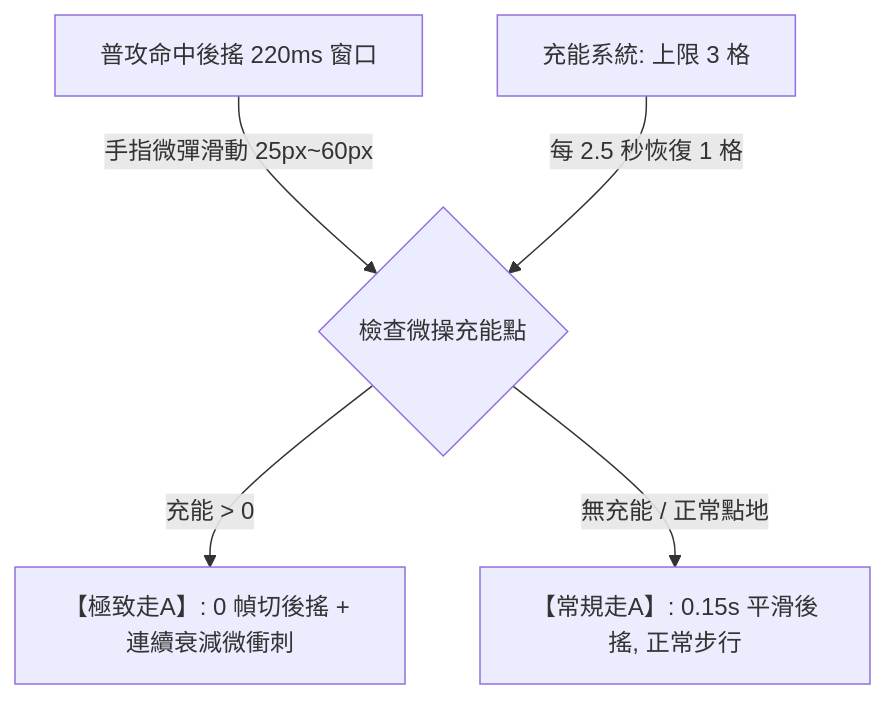
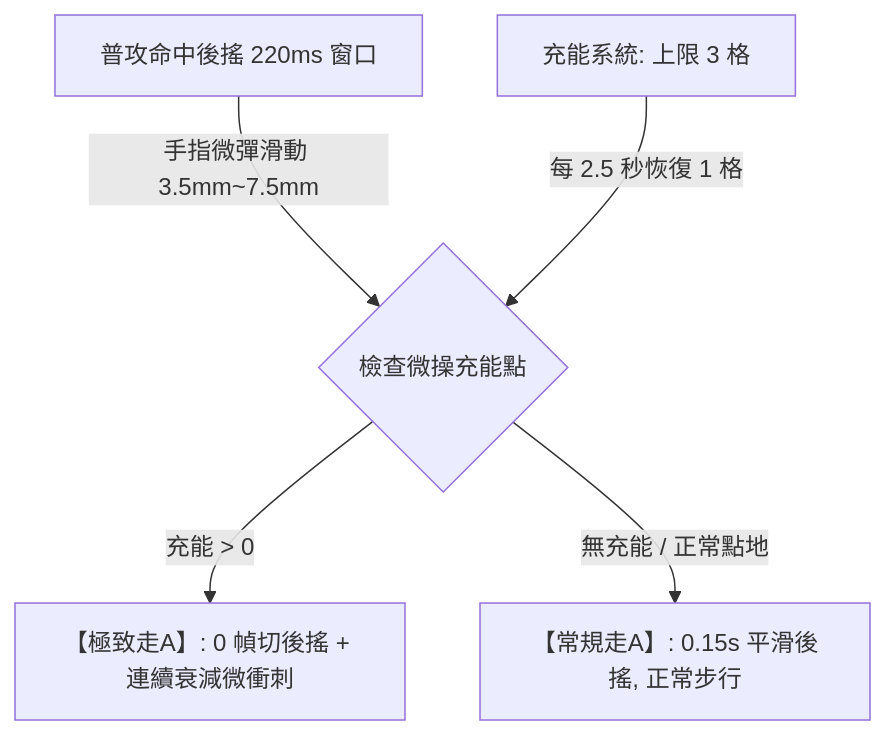
One commit to 9gf6p4448m-del/vow3d changed the first of 3 diagrams in README.md. Above: the diagram before and after it, drawn with Mermaid. The commit also changed other lines of this file and 1 other file, not shown here.

Commit message:
docs: release The Perfect 10 Gold Edition v3.4 (mm touch ergonomics, pact talents, tectonic fog, and 0.05ms grid flow-field)

````diff
--- a/README.md
+++ b/README.md
@@ -26,7 +26,7 @@
 ```mermaid
 graph TD
-    A[普攻命中後搖 220ms 窗口] -->|手指微彈滑動 25px~60px| B{檢查微操充能點}
+    A[普攻命中後搖 220ms 窗口] -->|手指微彈滑動 3.5mm~7.5mm| B{檢查微操充能點}
     B -->|充能 > 0| C[【極致走A】: 0 幀切後搖 + 連續衰減微衝刺]
     B -->|無充能 / 正常點地| D[【常規走A】: 0.15s 平滑後搖, 正常步行]
     E[充能系統: 上限 3 格] -->|每 2.5 秒恢復 1 格| B
 ```
````
